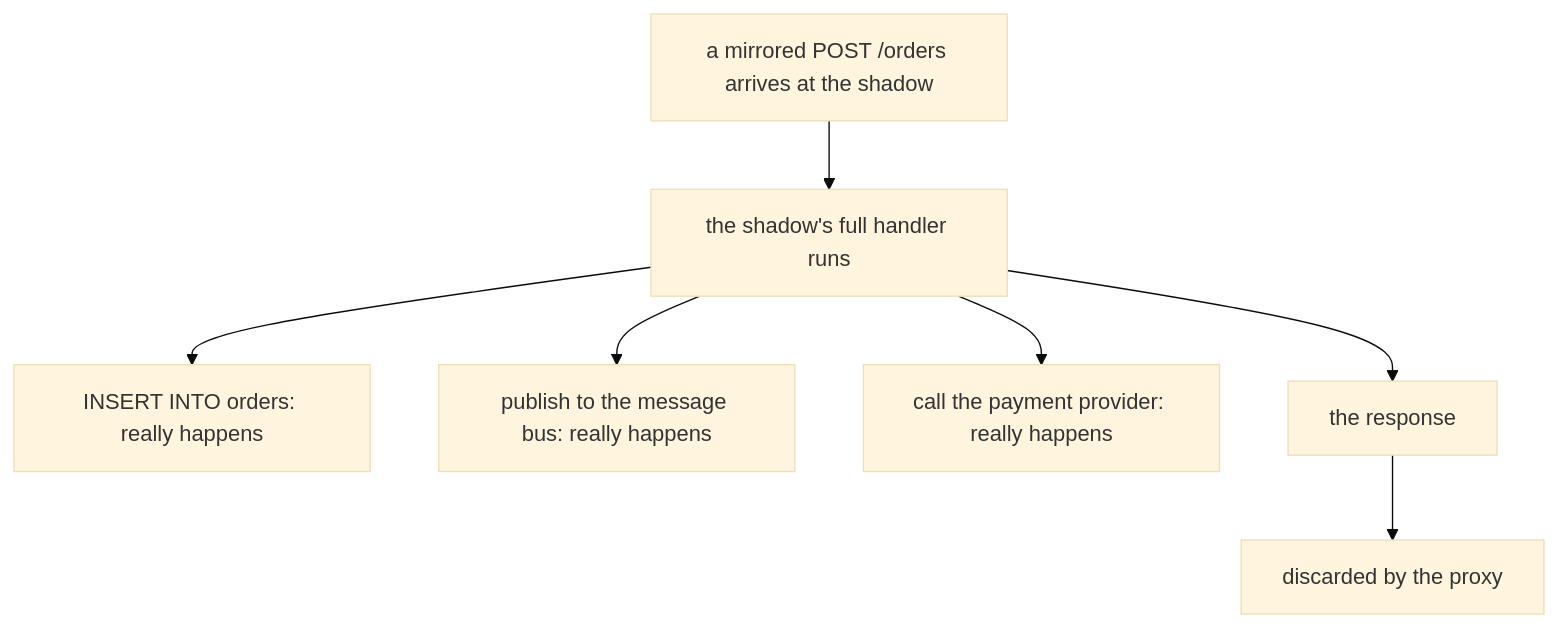
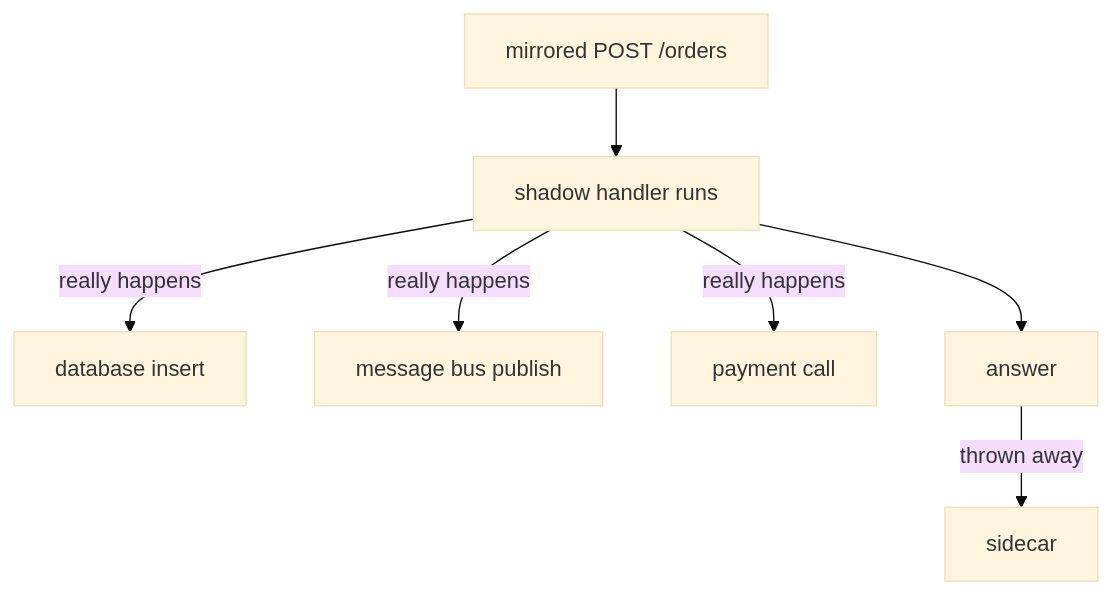
The diagram in sections/section-020/module-02/course-03-consequences-verification-and-limits.md (astrona-io/ATS014), drawn with Mermaid (base theme) before and after one commit. The commit also changed other lines of this file and 444 other files, not shown here.

````diff
--- a/sections/section-020/module-02/course-03-consequences-verification-and-limits.md
+++ b/sections/section-020/module-02/course-03-consequences-verification-and-limits.md
@@ -13,9 +13,9 @@
 ```mermaid
-flowchart TD
-    M["a mirrored POST /orders arrives at the shadow"] --> H["the shadow's full handler runs"]
-    H --> DB["INSERT INTO orders: really happens"]
-    H --> Q["publish to the message bus: really happens"]
-    H --> PAY["call the payment provider: really happens"]
-    H --> R["the response"]
-    R --> X["discarded by the proxy"]
+flowchart TB
+    M["mirrored POST /orders"] --> H["shadow handler runs"]
+    H -->|"really happens"| DB["database insert"]
+    H -->|"really happens"| Q["message bus publish"]
+    H -->|"really happens"| PAY["payment call"]
+    H --> R["answer"]
+    R -->|"thrown away"| X["sidecar"]
 ```
````
